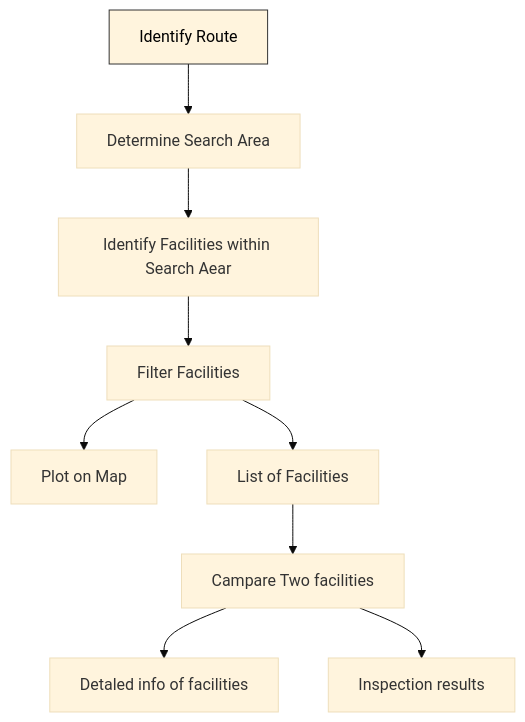
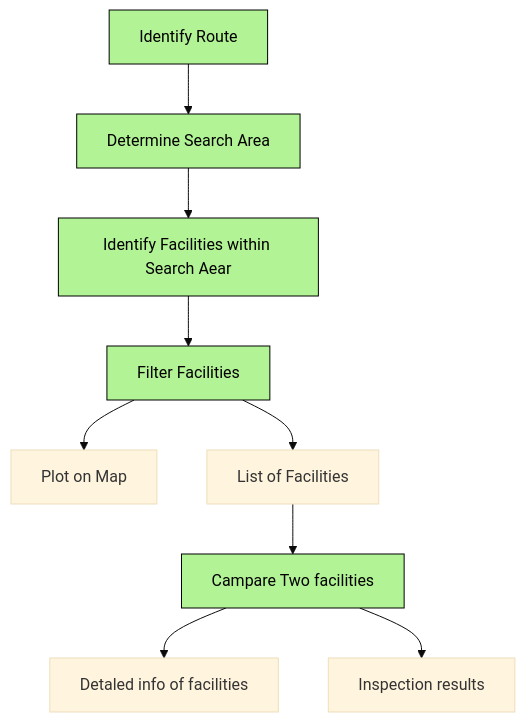
The diagram in README.md (abidgen/nyc_childcare_finder), drawn with Mermaid (base theme) before and after one commit. The commit also changed other lines of this file, not shown here.

````diff
--- a/README.md
+++ b/README.md
@@ -32,12 +32,13 @@
 ```mermaid
 flowchart TD
-    A[Identify Route] --> B[Determine Search Area]
-    B --> C[Identify Facilities within Search Aear]
-    C --> D[Filter Facilities]
-    D --> E[Plot on Map] & F[List of Facilities]
-    F --> G[Campare Two facilities]
-    G --> H[Detaled info of facilities] & I[Inspection results]
+    A[Identify Route]:::process --> B[Determine Search Area]:::process
+    B --> C[Identify Facilities within Search Aear]:::process
+    C --> D[Filter Facilities]:::process
+    D --> E[Plot on Map]:::result & F[List of Facilities]:::result
+    F --> G[Campare Two facilities]:::process
+    G --> H[Detaled info of facilities]:::result & I[Inspection results]:::result
     
-    style A B fill:#f9f,stroke:#333,stroke-width:1px,color:#000
+    classDef process fill:#6fa8dc,stroke:#000,stroke-width:1px,color:#000;
+    classDef process fill:#b2f495,stroke:#000,stroke-width:1px,color:#000;
 
 ```
````
